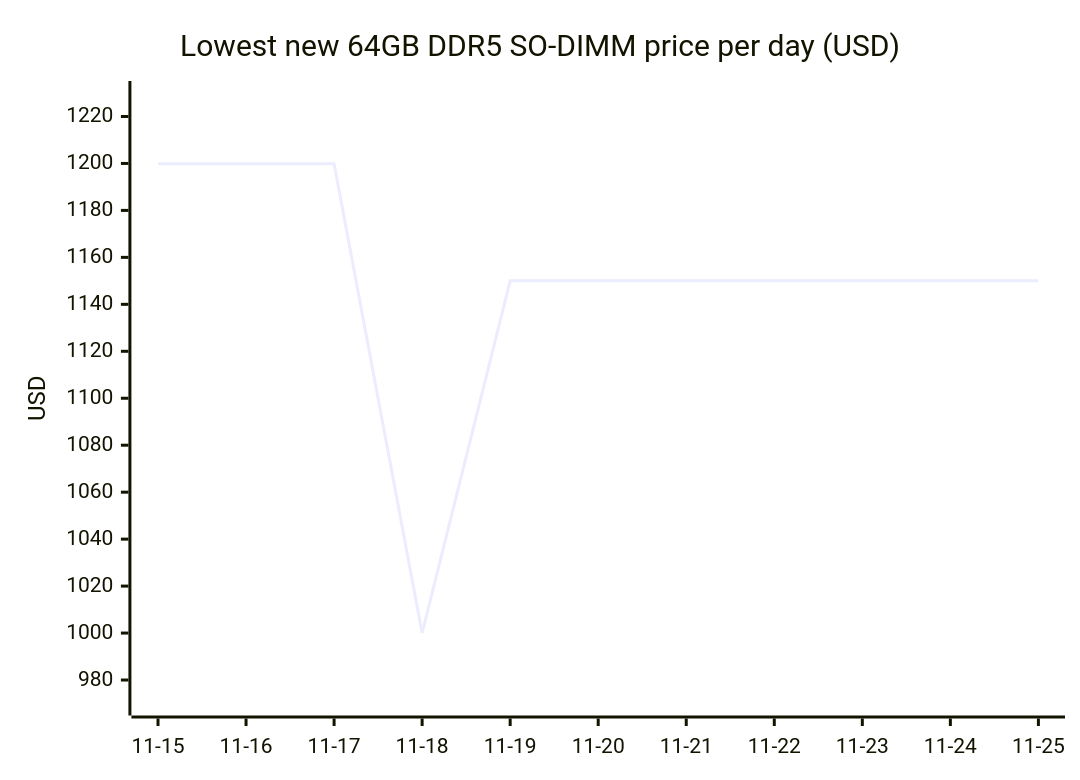
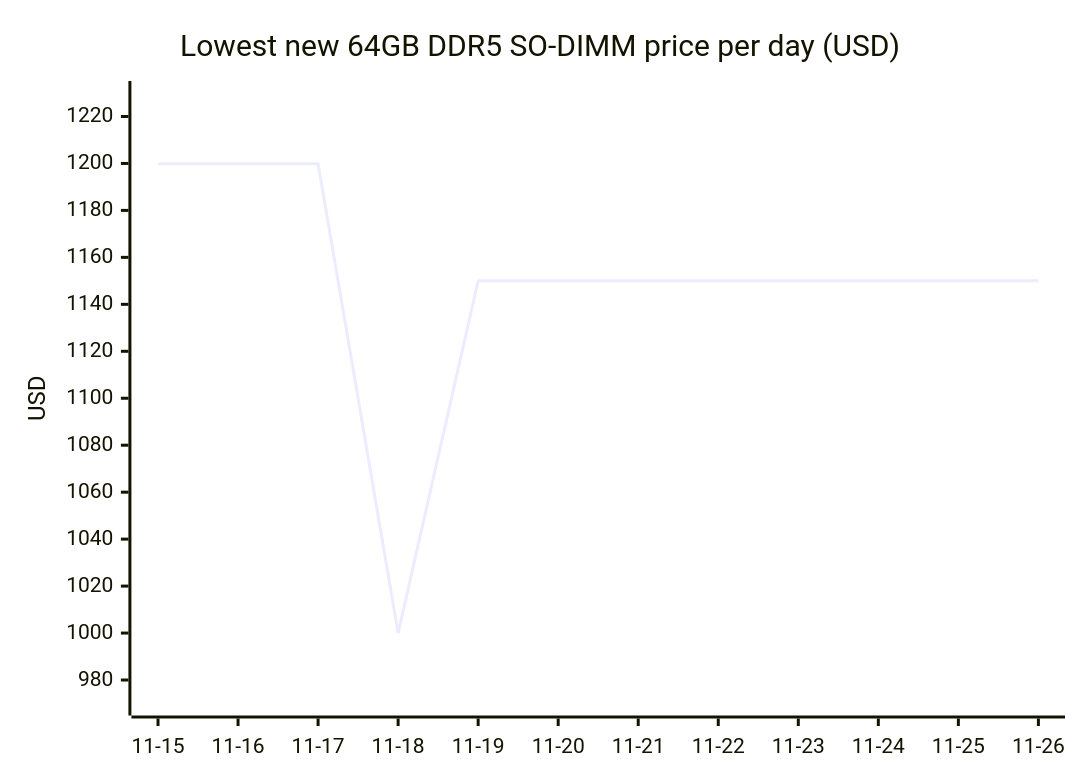
One commit to 7324136828/4tb_ssd_price_watch changed the third of 18 diagrams in README.md. Above: the diagram before and after it, drawn with Mermaid. The commit also changed other lines of this file, not shown here.

````diff
--- a/README.md
+++ b/README.md
@@ -826,7 +851,7 @@
 ```mermaid
 xychart-beta
     title "Lowest new 64GB DDR5 SO-DIMM price per day (USD)"
-    x-axis ["11-15", "11-16", "11-17", "11-18", "11-19", "11-20", "11-21", "11-22", "11-23", "11-24", "11-25"]
+    x-axis ["11-15", "11-16", "11-17", "11-18", "11-19", "11-20", "11-21", "11-22", "11-23", "11-24", "11-25", "11-26"]
     y-axis "USD" 970 --> 1230
-    line [1199.89, 1199.89, 1199.89, 1000.00, 1149.99, 1149.99, 1149.99, 1149.99, 1149.99, 1149.99, 1149.99]
+    line [1199.89, 1199.89, 1199.89, 1000.00, 1149.99, 1149.99, 1149.99, 1149.99, 1149.99, 1149.99, 1149.99, 1149.99]
 ```
````
